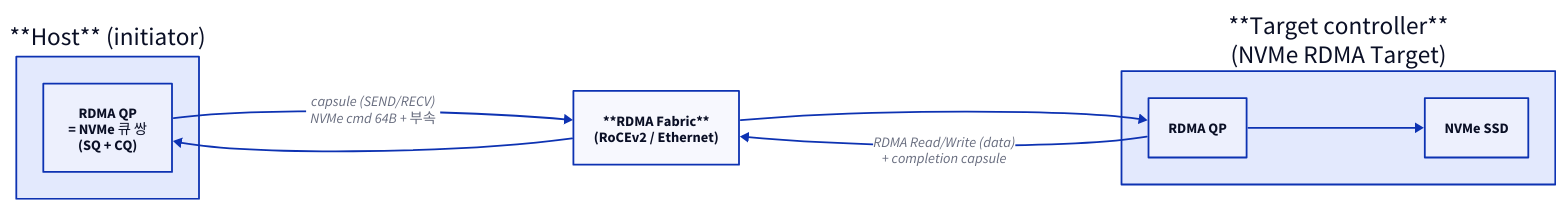
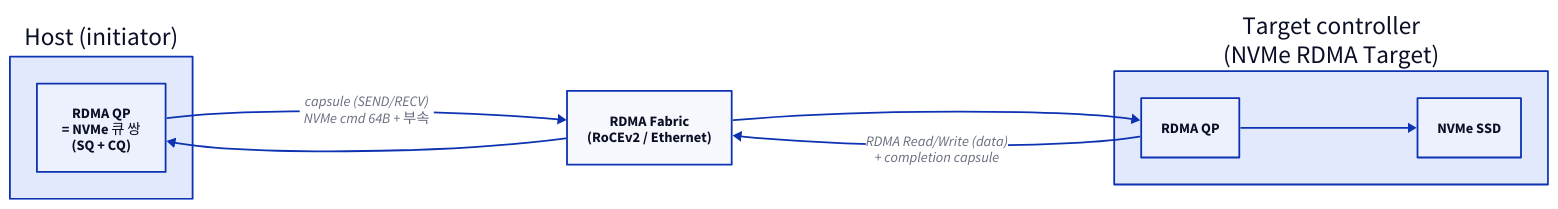
One commit to humbleowl39/DV_SKOOL changed the first of 3 diagrams in starlight_site/src/content/docs/nvme/04_nvmeof_over_rdma.md. Above: the diagram before and after it, drawn with D2. The commit also changed other lines of this file and 714 other files, not shown here.

First line of the commit message:
fix(site): d2 다이어그램 가독성 결함 6종 일괄 수정

````diff
--- a/starlight_site/src/content/docs/nvme/04_nvmeof_over_rdma.md
+++ b/starlight_site/src/content/docs/nvme/04_nvmeof_over_rdma.md
@@ -41,20 +41,20 @@
 ```d2
 direction: right
 
-HOST: "**Host** (initiator)" {
+HOST: "Host (initiator)" {
   HQP: "RDMA QP\n= NVMe 큐 쌍\n(SQ + CQ)"
 }
 
-FABRIC: "**RDMA Fabric**\n(RoCEv2 / Ethernet)"
+FABRIC: "RDMA Fabric\n(RoCEv2 / Ethernet)"
 
-TARGET: "**Target controller**\n(NVMe RDMA Target)" {
+TARGET: "Target controller\n(NVMe RDMA Target)" {
   TQP: "RDMA QP"
   SSD: "NVMe SSD"
   TQP -> SSD
 }
 
 HOST.HQP -> FABRIC: "capsule (SEND/RECV)\nNVMe cmd 64B + 부속"
 FABRIC -> TARGET.TQP
 TARGET.TQP -> FABRIC: "RDMA Read/Write (data)\n+ completion capsule"
 FABRIC -> HOST.HQP
 ```
````
